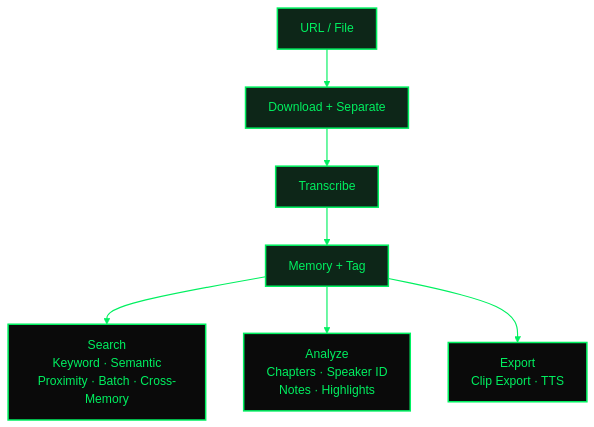
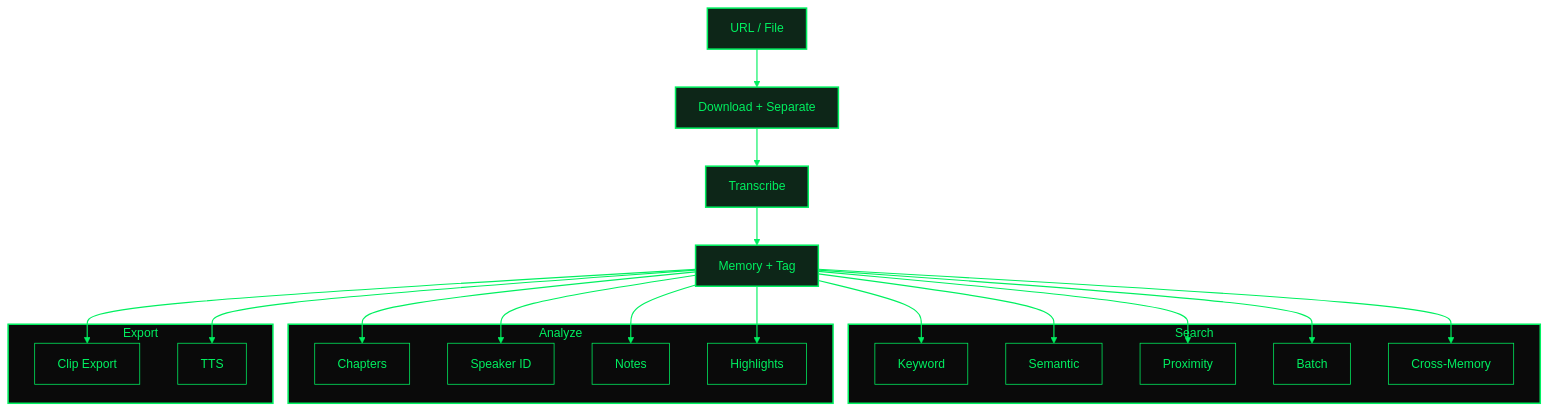
The diagram in README.md (AugentDevs/augent), drawn with Mermaid before and after one commit.

Commit message:
diagram: subgraphs for category labels, individual tool nodes inside

````diff
--- a/README.md
+++ b/README.md
@@ -95,20 +95,53 @@
 ```mermaid
 graph TB
     A["URL / File"] --> B["Download + Separate"]
     B --> C["Transcribe"]
     C --> D["Memory + Tag"]
 
-    D --> E["Search\nKeyword · Semantic\nProximity · Batch · Cross-Memory"]
-    D --> F["Analyze\nChapters · Speaker ID\nNotes · Highlights"]
-    D --> G["Export\nClip Export · TTS"]
+    D --> E1 & E2 & E3 & E4 & E5
+    D --> F1 & F2 & F3 & F4
+    D --> G1 & G2
+
+    subgraph Search
+        E1["Keyword"]
+        E2["Semantic"]
+        E3["Proximity"]
+        E4["Batch"]
+        E5["Cross-Memory"]
+    end
+
+    subgraph Analyze
+        F1["Chapters"]
+        F2["Speaker ID"]
+        F3["Notes"]
+        F4["Highlights"]
+    end
+
+    subgraph Export
+        G1["Clip Export"]
+        G2["TTS"]
+    end
 
     style A fill:#0d2618,stroke:#00f060,color:#00f060,stroke-width:2px
     style B fill:#0d2618,stroke:#00f060,color:#00f060,stroke-width:2px
     style C fill:#0d2618,stroke:#00f060,color:#00f060,stroke-width:2px
     style D fill:#0d2618,stroke:#00f060,color:#00f060,stroke-width:2px
-    style E fill:#0a0a0a,stroke:#00f060,color:#00f060,stroke-width:2px
-    style F fill:#0a0a0a,stroke:#00f060,color:#00f060,stroke-width:2px
-    style G fill:#0a0a0a,stroke:#00f060,color:#00f060,stroke-width:2px
+
+    style E1 fill:#0a0a0a,stroke:#00f060,color:#00f060
+    style E2 fill:#0a0a0a,stroke:#00f060,color:#00f060
+    style E3 fill:#0a0a0a,stroke:#00f060,color:#00f060
+    style E4 fill:#0a0a0a,stroke:#00f060,color:#00f060
+    style E5 fill:#0a0a0a,stroke:#00f060,color:#00f060
+    style F1 fill:#0a0a0a,stroke:#00f060,color:#00f060
+    style F2 fill:#0a0a0a,stroke:#00f060,color:#00f060
+    style F3 fill:#0a0a0a,stroke:#00f060,color:#00f060
+    style F4 fill:#0a0a0a,stroke:#00f060,color:#00f060
+    style G1 fill:#0a0a0a,stroke:#00f060,color:#00f060
+    style G2 fill:#0a0a0a,stroke:#00f060,color:#00f060
+
+    style Search fill:#0a0a0a,stroke:#00f060,color:#00f060,stroke-width:2px
+    style Analyze fill:#0a0a0a,stroke:#00f060,color:#00f060,stroke-width:2px
+    style Export fill:#0a0a0a,stroke:#00f060,color:#00f060,stroke-width:2px
 
     linkStyle default stroke:#00f060,stroke-width:1.5px
 ```
````
